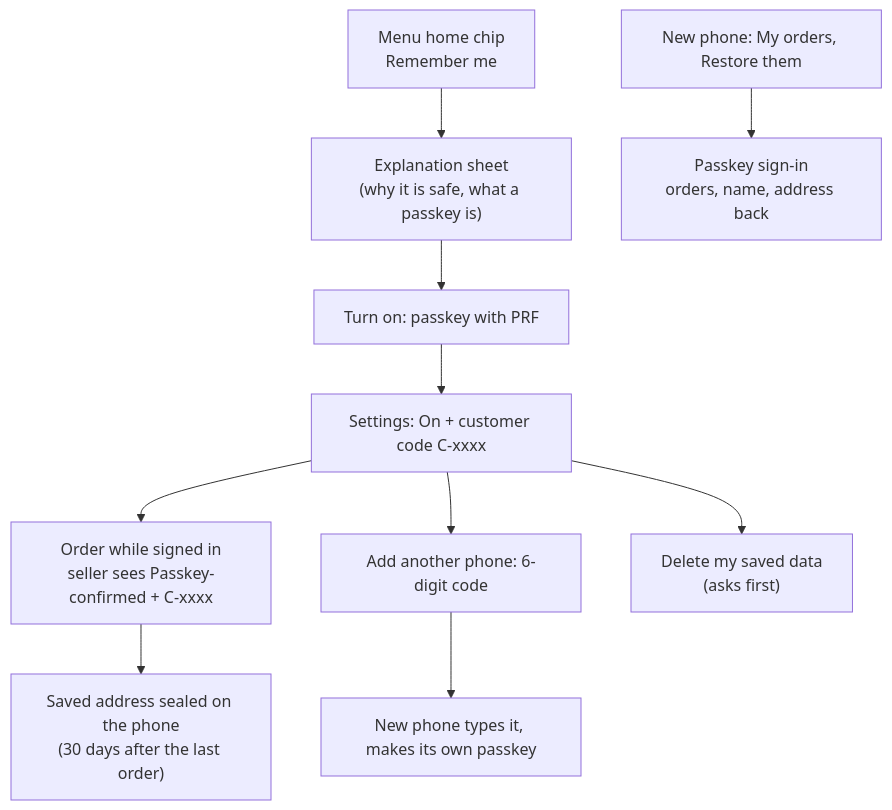
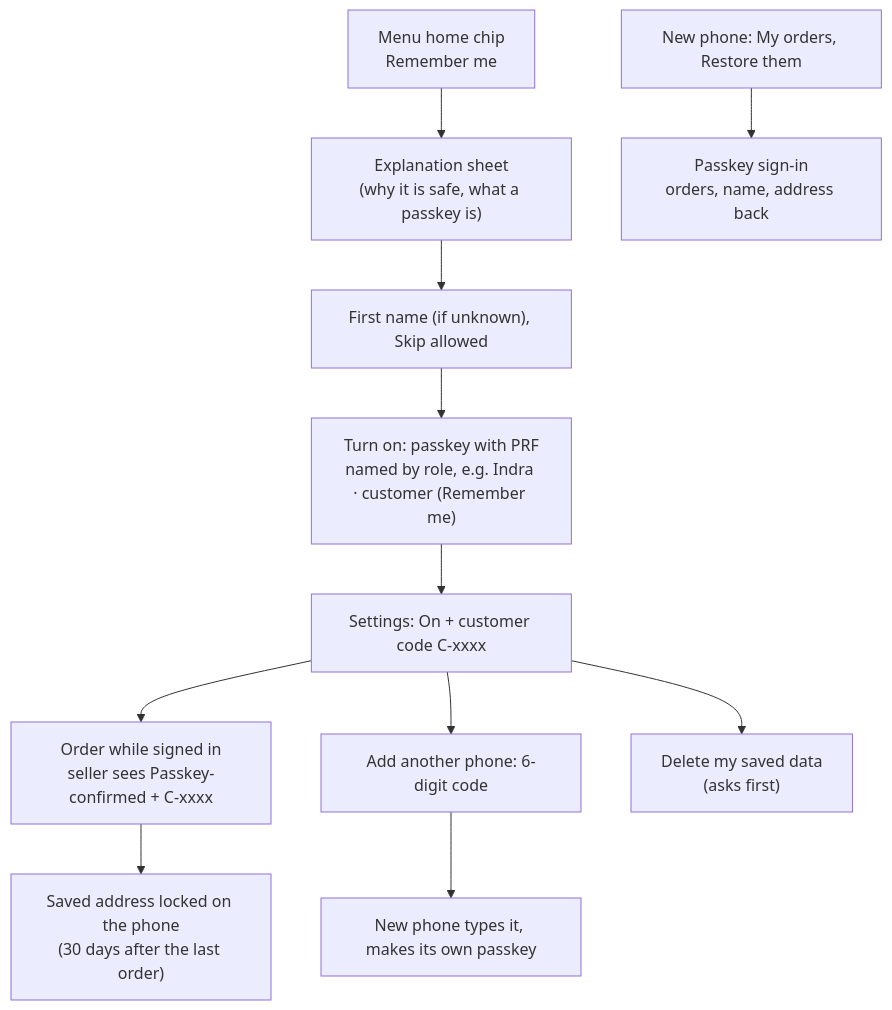
Before and after one commit to Andra-Parwita/OrderingApp: the second of 5 diagrams in docs/product/flows.md, drawn with Mermaid. The commit also changed other lines of this file and 44 other files, not shown here.

Commit message:
Release 1.0.39: Remember me polish (092): first name before passkey, Settings value rows, sliding sheets, lock wording, passkey names

````diff
--- a/docs/product/flows.md
+++ b/docs/product/flows.md
@@ -30,11 +30,12 @@
 ```mermaid
 flowchart TD
     A["Menu home chip<br/>Remember me"] --> B["Explanation sheet<br/>(why it is safe, what a passkey is)"]
-    B --> C["Turn on: passkey with PRF"]
+    B --> B2["First name (if unknown), Skip allowed"]
+    B2 --> C["Turn on: passkey with PRF<br/>named by role, e.g. Indra · customer (Remember me)"]
     C --> D["Settings: On + customer code C-xxxx"]
     D --> E["Order while signed in<br/>seller sees Passkey-confirmed + C-xxxx"]
-    E --> F["Saved address sealed on the phone<br/>(30 days after the last order)"]
+    E --> F["Saved address locked on the phone<br/>(30 days after the last order)"]
     G["New phone: My orders, Restore them"] --> H["Passkey sign-in<br/>orders, name, address back"]
     D --> I["Add another phone: 6-digit code"] --> J["New phone types it, makes its own passkey"]
     D --> K["Delete my saved data<br/>(asks first)"]
 ```
````
